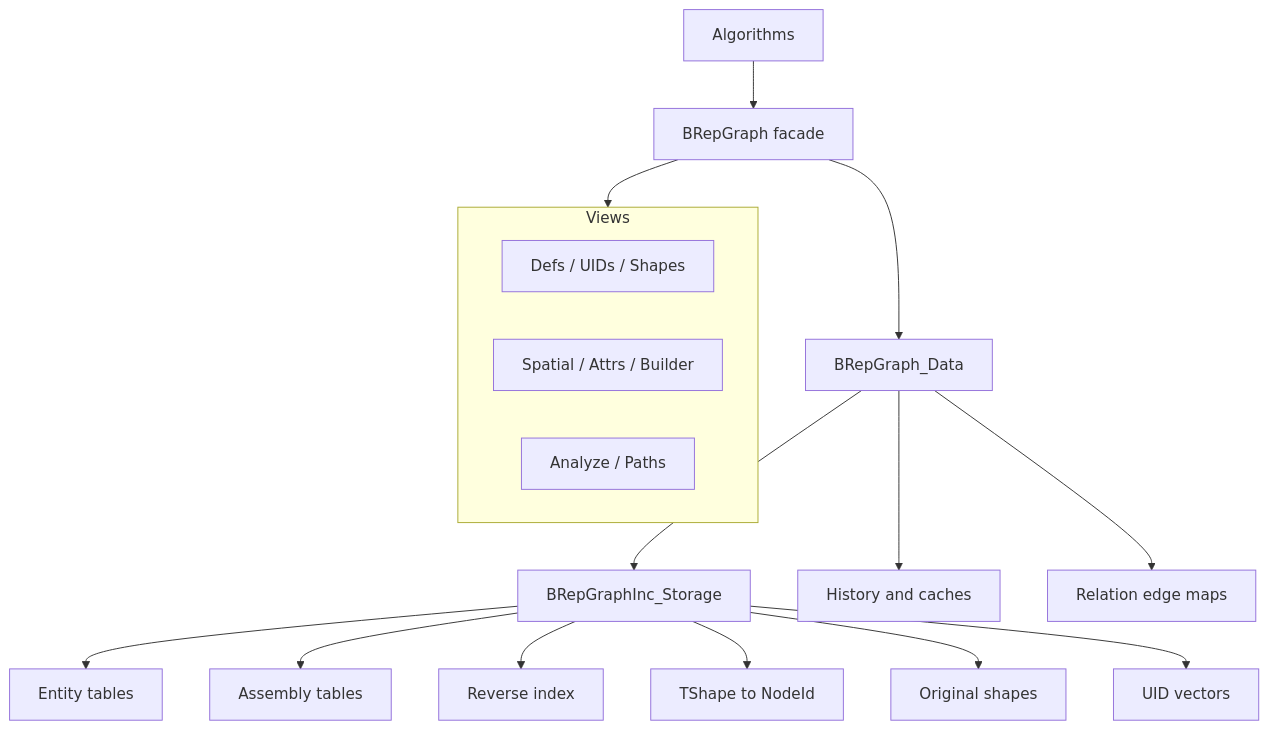
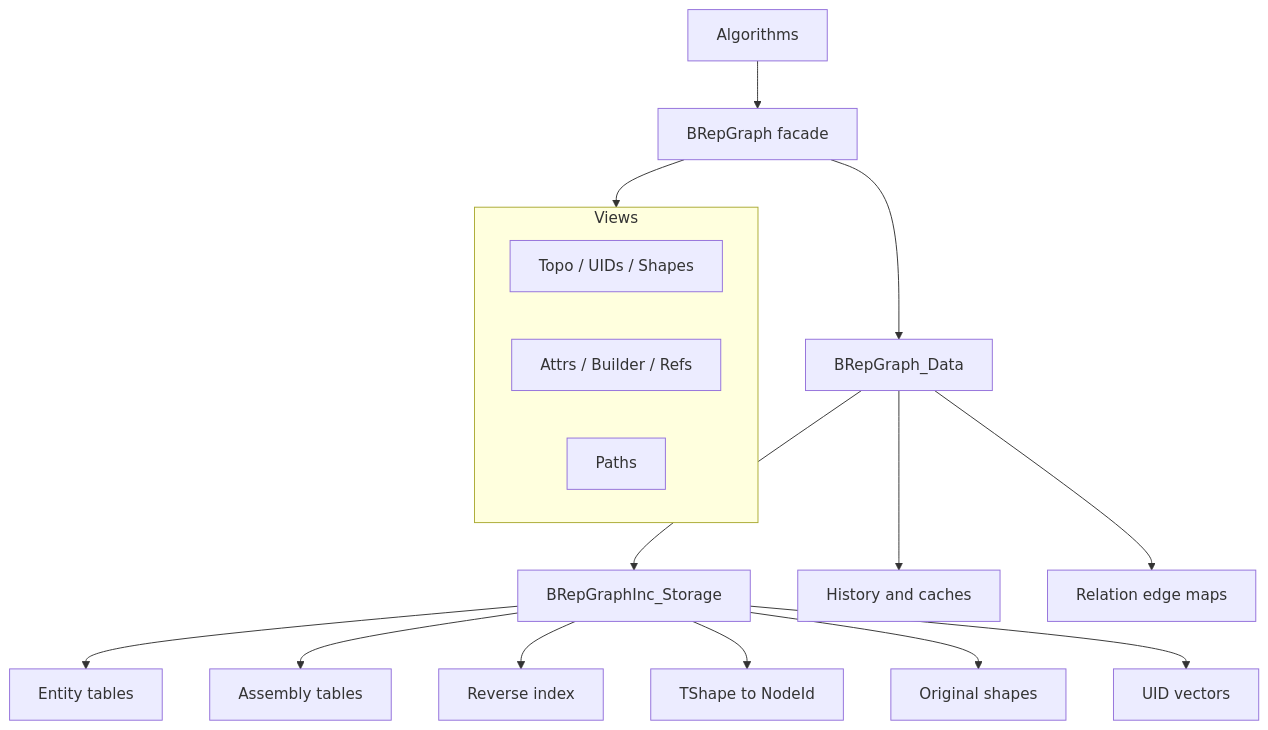
The first of 4 diagrams in src/ModelingData/TKBRep/BRepGraph/README.md (Open-Cascade-SAS/OCCT), drawn with Mermaid before and after one commit. The commit also changed other lines of this file and 11 other files, not shown here.

````diff
--- a/src/ModelingData/TKBRep/BRepGraph/README.md
+++ b/src/ModelingData/TKBRep/BRepGraph/README.md
@@ -31,23 +31,23 @@
 ```mermaid
 flowchart TB
   A[Algorithms] --> G[BRepGraph facade]
 
   subgraph Views
-    V1[Defs / UIDs / Shapes]
-    V2[Spatial / Attrs / Builder]
-    V3[Analyze / Paths]
+    V1[Topo / UIDs / Shapes]
+    V2[Attrs / Builder / Refs]
+    V3[Paths]
   end
 
   G --> Views
   G --> D[BRepGraph_Data]
   D --> S[BRepGraphInc_Storage]
   D --> H[History and caches]
   D --> R[Relation edge maps]
 
   S --> E[Entity tables]
   S --> AS[Assembly tables]
   S --> X[Reverse index]
   S --> T[TShape to NodeId]
   S --> O[Original shapes]
   S --> U[UID vectors]
 ```
````
